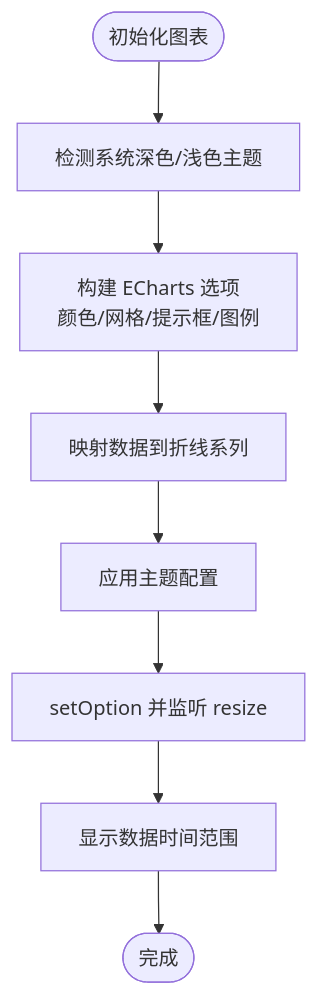
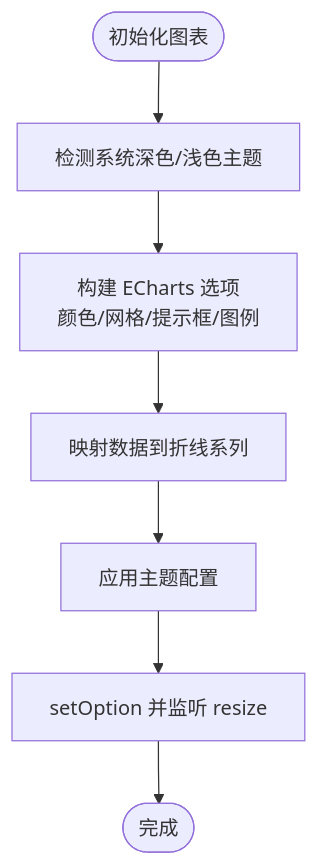
One commit to RadiumAg/AIGate changed the fourth of 9 diagrams in .qoder/repowiki/zh/content/监控与分析/仪表板组件.md. Above: the diagram before and after it, drawn with Mermaid. The commit also changed other lines of this file and 21 other files, not shown here.

````diff
--- a/.qoder/repowiki/zh/content/监控与分析/仪表板组件.md
+++ b/.qoder/repowiki/zh/content/监控与分析/仪表板组件.md
@@ -549,10 +175,9 @@
 ```mermaid
 flowchart TD
 Init(["初始化图表"]) --> ThemeDetect["检测系统深色/浅色主题"]
 ThemeDetect --> BuildOptions["构建 ECharts 选项<br/>颜色/网格/提示框/图例"]
 BuildOptions --> SetData["映射数据到折线系列"]
 SetData --> ApplyTheme["应用主题配置"]
 ApplyTheme --> Render["setOption 并监听 resize"]
-Render --> ShowPeriod["显示数据时间范围"]
-ShowPeriod --> End(["完成"])
+Render --> End(["完成"])
 ```
````
